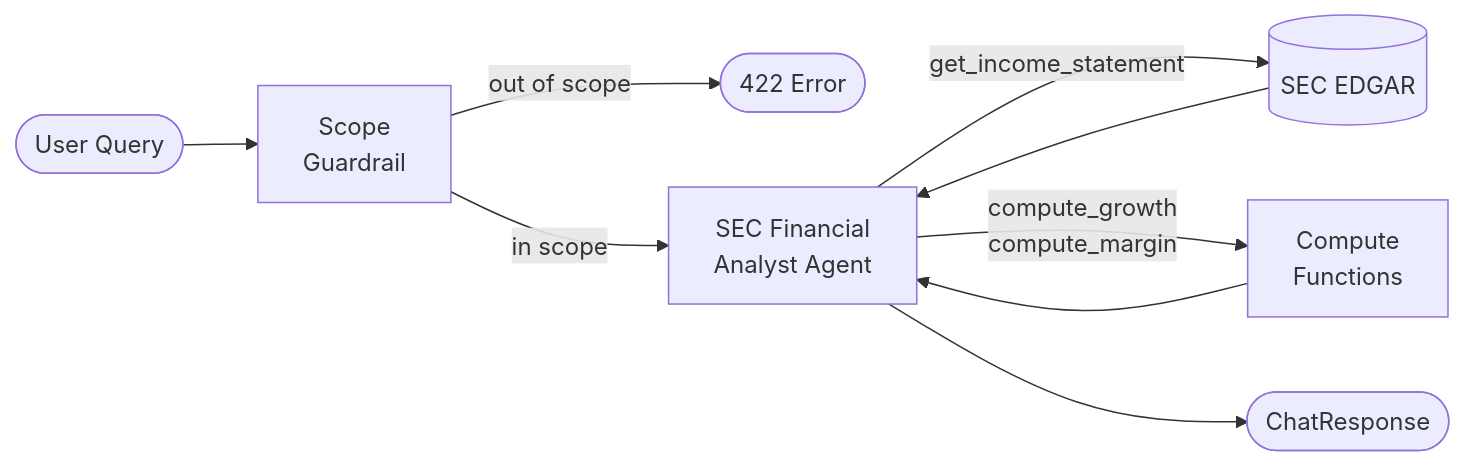
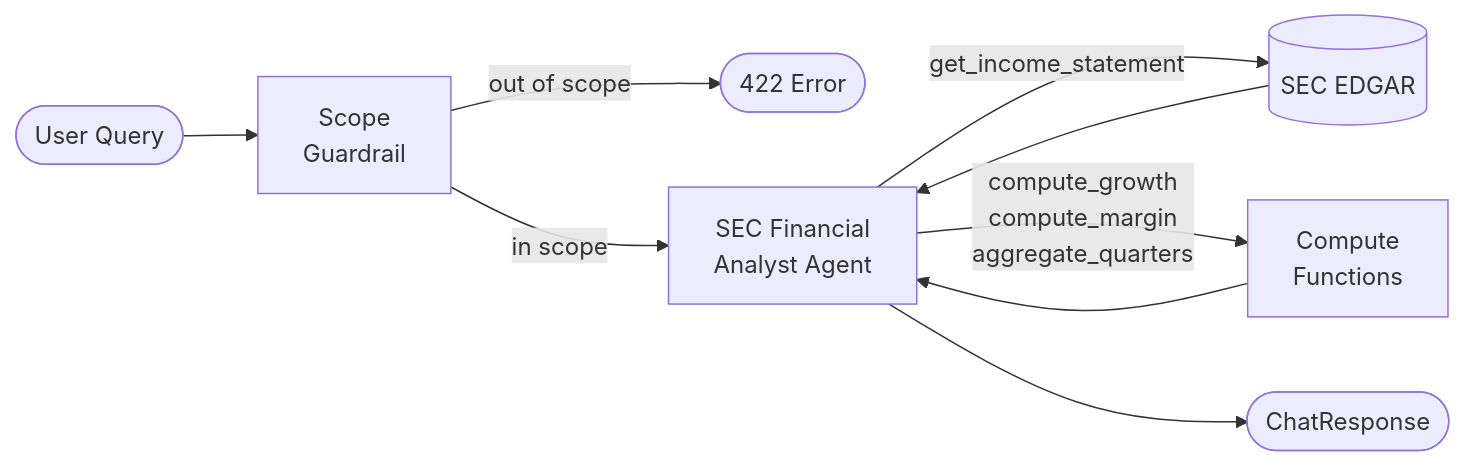
Before and after one commit to thedatamonk/sec.io: the diagram in README.md, drawn with Mermaid. The commit also changed other lines of this file, not shown here.

````diff
--- a/README.md
+++ b/README.md
@@ -11,11 +11,11 @@
 ```mermaid
 flowchart LR
-    A([User Query]) --> B[Scope\nGuardrail]
+    A([User Query]) --> B[Scope<br/>Guardrail]
     B -->|out of scope| C([422 Error])
-    B -->|in scope| D[SEC Financial\nAnalyst Agent]
+    B -->|in scope| D[SEC Financial<br/>Analyst Agent]
     D -->|get_income_statement| E[(SEC EDGAR)]
     E --> D
-    D -->|compute_growth\ncompute_margin| F[Compute\nFunctions]
+    D -->|compute_growth<br/>compute_margin<br/>aggregate_quarters| F[Compute<br/>Functions]
     F --> D
     D --> G([ChatResponse])
 ```
````
